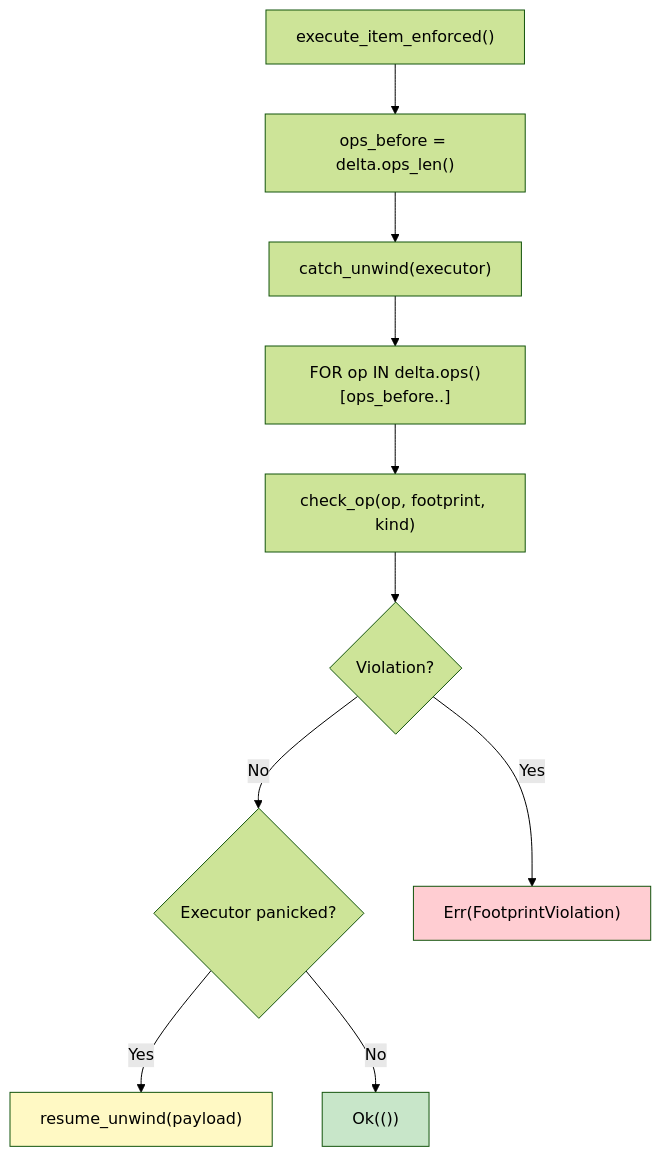
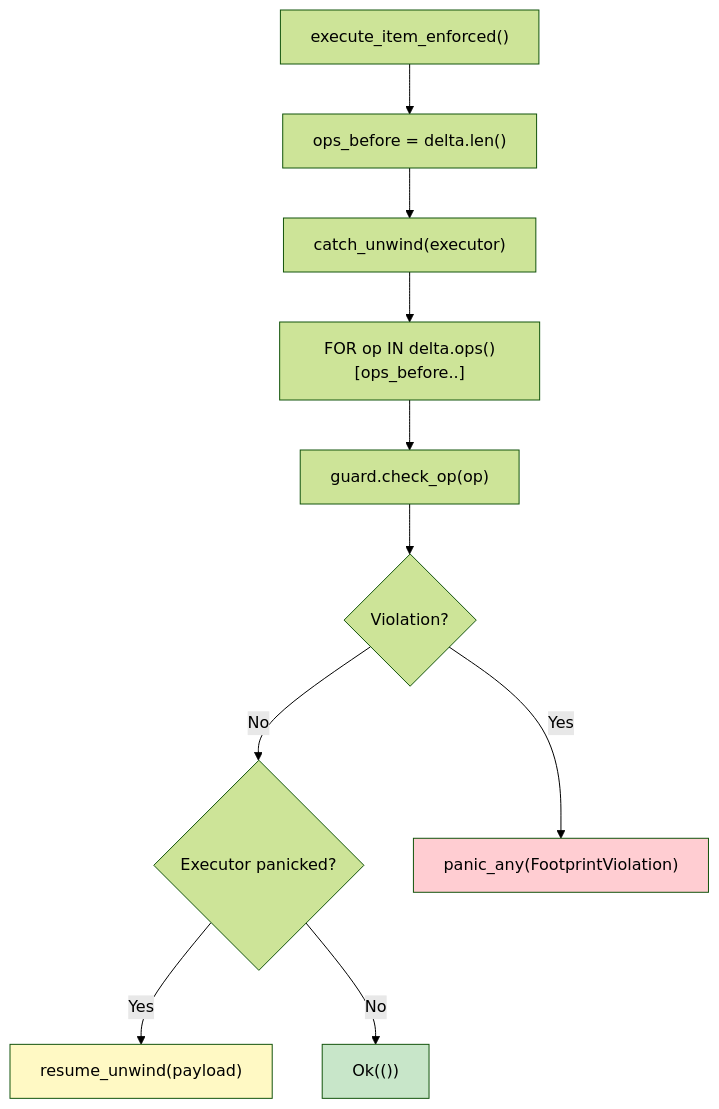
One commit to flyingrobots/echo changed the ninth of 11 diagrams in docs/study/echo-visual-atlas.md. Above: the diagram before and after it, drawn with Mermaid (forest theme). The commit also changed other lines of this file, not shown here.

````diff
--- a/docs/study/echo-visual-atlas.md
+++ b/docs/study/echo-visual-atlas.md
@@ -476,23 +476,23 @@
 ```mermaid
 flowchart TD
     EXEC["execute_item_enforced()"]
-    SNAP["ops_before = delta.ops_len()"]
+    SNAP["ops_before = delta.len()"]
     CATCH["catch_unwind(executor)"]
     SCAN["FOR op IN delta.ops()[ops_before..]"]
-    CHECK["check_op(op, footprint, kind)"]
+    CHECK["guard.check_op(op)"]
     VIOL{"Violation?"}
     PANIC{"Executor panicked?"}
-    ERR["Err(FootprintViolation)"]
+    ERR["panic_any(FootprintViolation)"]
     RESUME["resume_unwind(payload)"]
     OK["Ok(())"]
 
     EXEC --> SNAP --> CATCH --> SCAN --> CHECK --> VIOL
     VIOL -->|Yes| ERR
     VIOL -->|No| PANIC
     PANIC -->|Yes| RESUME
     PANIC -->|No| OK
 
     style ERR fill:#ffcdd2
     style RESUME fill:#fff9c4
     style OK fill:#c8e6c9
 ```
````
